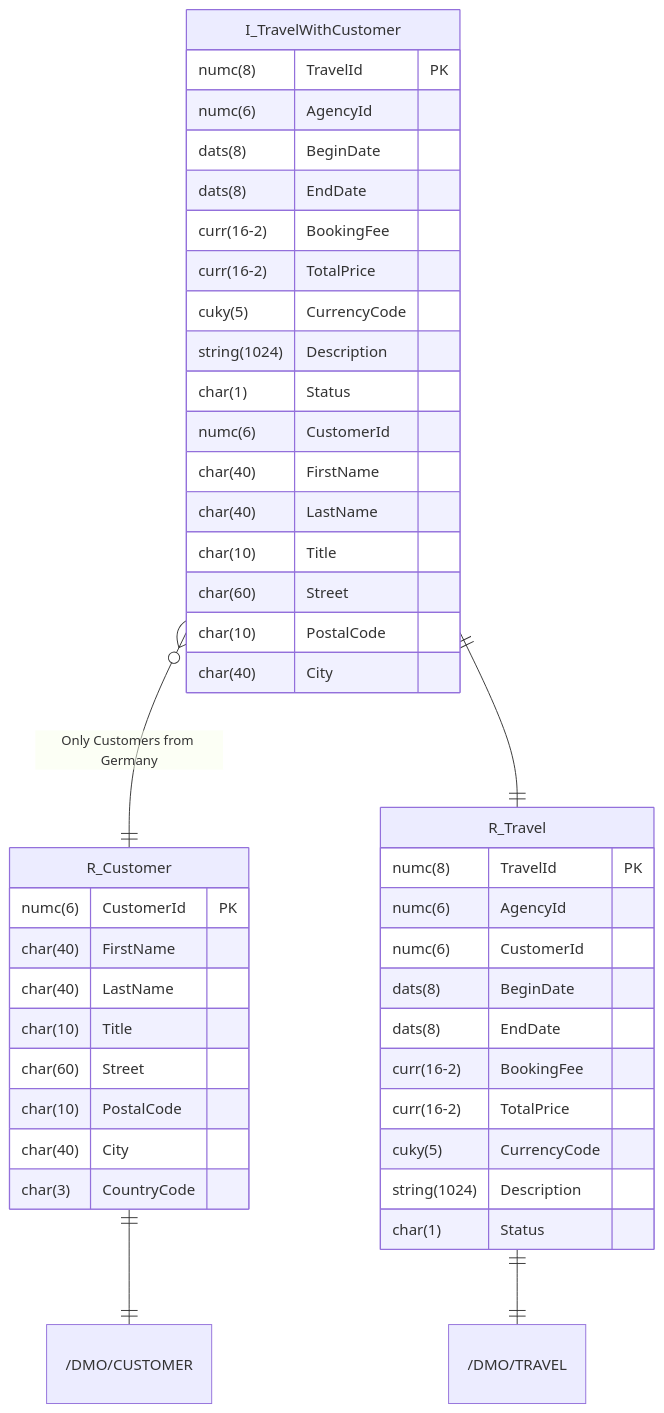
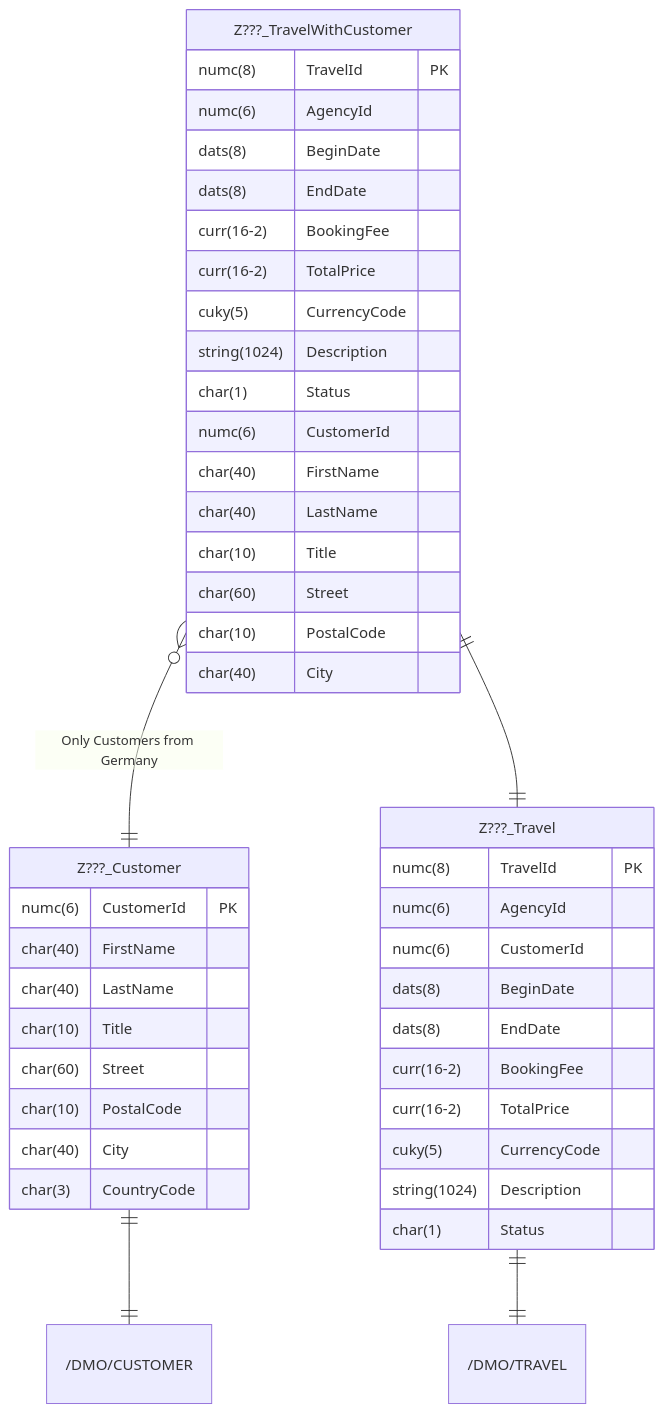
The diagram in docs/exercises/abap-cds/abap-cds-03.md (appenmaier/s4hana), drawn with Mermaid before and after one commit. The commit also changed other lines of this file and 38 other files, not shown here.

````diff
--- a/docs/exercises/abap-cds/abap-cds-03.md
+++ b/docs/exercises/abap-cds/abap-cds-03.md
@@ -10,51 +10,51 @@
 ```mermaid
 erDiagram
 
-    R_Customer ||--|| "/DMO/CUSTOMER" : ""
-    R_Travel ||--|| "/DMO/TRAVEL" : ""
-    I_TravelWithCustomer }o--|| R_Customer : "Only Customers from Germany"
-    I_TravelWithCustomer ||--|| R_Travel : ""
+    "Z???_Customer" ||--|| "/DMO/CUSTOMER" : ""
+    "Z???_Travel" ||--|| "/DMO/TRAVEL" : ""
+    "Z???_TravelWithCustomer" }o--|| "Z???_Customer" : "Only Customers from Germany"
+    "Z???_TravelWithCustomer" ||--|| "Z???_Travel" : ""
 
-    I_TravelWithCustomer {
+    "Z???_TravelWithCustomer" {
         numc(8) TravelId PK
         numc(6) AgencyId
         dats(8) BeginDate
         dats(8) EndDate
         curr(16-2) BookingFee
         curr(16-2) TotalPrice
         cuky(5) CurrencyCode
         string(1024) Description
         char(1) Status
         numc(6) CustomerId
         char(40) FirstName
         char(40) LastName
         char(10) Title
         char(60) Street
         char(10) PostalCode
         char(40) City
     }
 
-    R_Customer {
+    "Z???_Customer" {
         numc(6) CustomerId PK
         char(40) FirstName
         char(40) LastName
         char(10) Title
         char(60) Street
         char(10) PostalCode
         char(40) City
         char(3) CountryCode
     }
 
-    R_Travel {
+    "Z???_Travel" {
         numc(8) TravelId PK
         numc(6) AgencyId
         numc(6) CustomerId
         dats(8) BeginDate
         dats(8) EndDate
         curr(16-2) BookingFee
         curr(16-2) TotalPrice
         cuky(5) CurrencyCode
         string(1024) Description
         char(1) Status
     }
 ```
````
